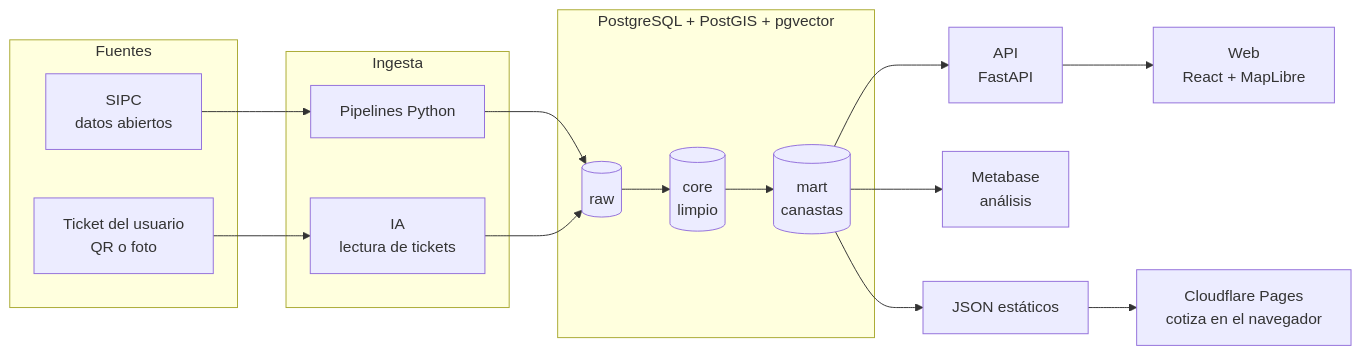
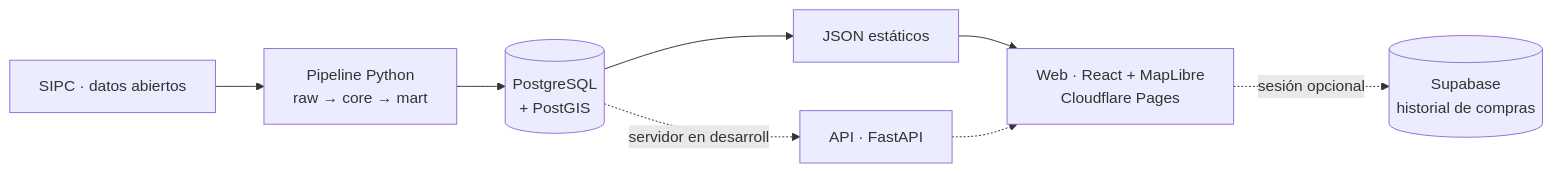
Before and after one commit to kenymtz/canasta-uy: the diagram in README.md, drawn with Mermaid. The commit also changed other lines of this file and 2 other files, not shown here.

````diff
--- a/README.md
+++ b/README.md
@@ -49,23 +58,8 @@
 ```mermaid
 flowchart LR
-    subgraph Fuentes
-        SIPC["SIPC<br/>datos abiertos"]
-        TICKET["Ticket del usuario<br/>QR o foto"]
-    end
-
-    subgraph Ingesta
-        ETL["Pipelines Python"]
-        IA["IA<br/>lectura de tickets"]
-    end
-
-    subgraph PG["PostgreSQL + PostGIS + pgvector"]
-        RAW[(raw)] --> CORE[(core<br/>limpio)] --> MART[(mart<br/>canastas)]
-    end
-
-    SIPC --> ETL --> RAW
-    TICKET --> IA --> RAW
-
-    MART --> API["API<br/>FastAPI"] --> WEB["Web<br/>React + MapLibre"]
-    MART --> MB["Metabase<br/>análisis"]
-    MART --> JSON["JSON estáticos"] --> PAGES["Cloudflare Pages<br/>cotiza en el navegador"]
+    SIPC["SIPC · datos abiertos"] --> ETL["Pipeline Python<br/>raw → core → mart"]
+    ETL --> PG[(PostgreSQL<br/>+ PostGIS)]
+    PG --> JSON["JSON estáticos"] --> WEB["Web · React + MapLibre<br/>Cloudflare Pages"]
+    PG -.servidor en desarrollo.-> API["API · FastAPI"] -.-> WEB
+    WEB -. sesión opcional .-> SUPA[(Supabase<br/>historial de compras)]
 ```
````
